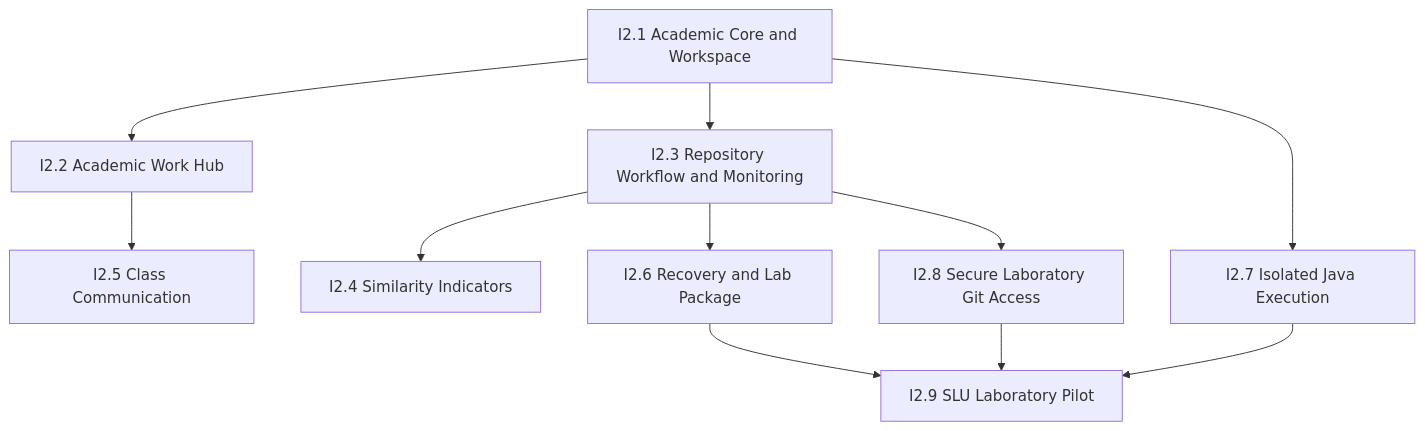
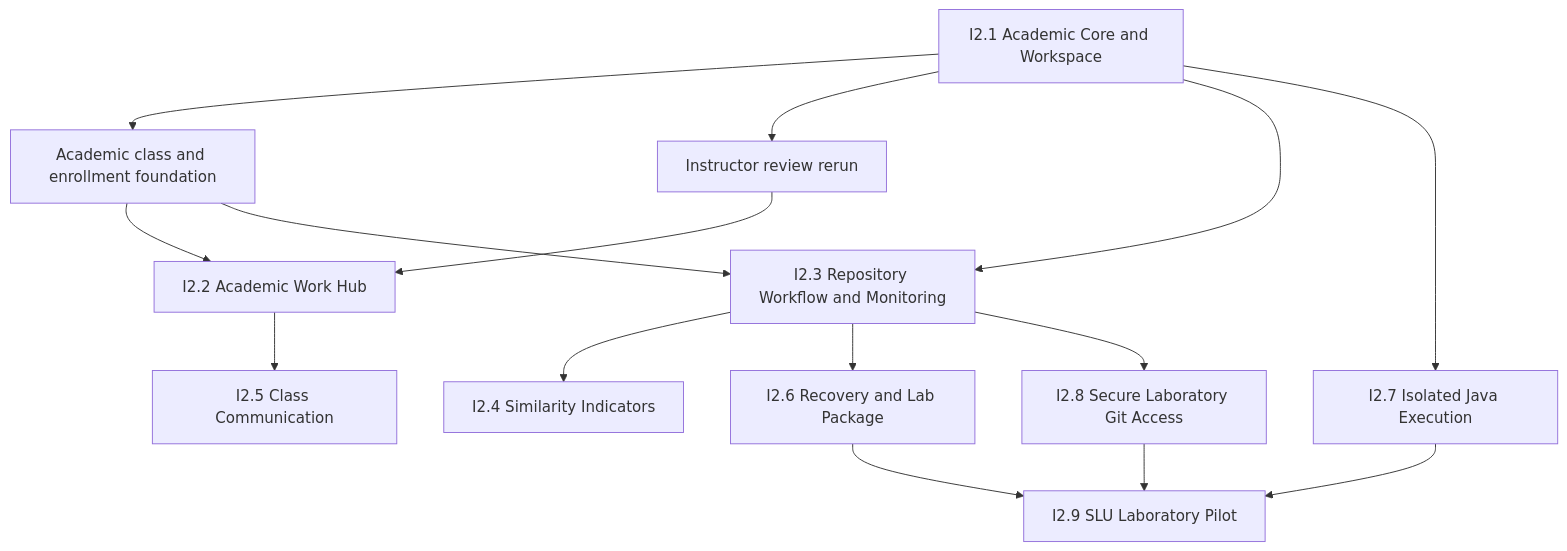
One commit to wefllagn/Projex changed the diagram in docs/team/ITERATION_2_ROADMAP.md. Above: the diagram before and after it, drawn with Mermaid. The commit also changed other lines of this file and 3 other files, not shown here.

````diff
--- a/docs/team/ITERATION_2_ROADMAP.md
+++ b/docs/team/ITERATION_2_ROADMAP.md
@@ -28,13 +67,17 @@
 ```mermaid
 flowchart TD
-    I21[I2.1 Academic Core and Workspace] --> I22[I2.2 Academic Work Hub]
-    I21 --> I23[I2.3 Repository Workflow and Monitoring]
+    I21[I2.1 Academic Core and Workspace] --> AF[Academic class and enrollment foundation]
+    I21 --> JR[Instructor review rerun]
+    AF --> I22[I2.2 Academic Work Hub]
+    AF --> I23[I2.3 Repository Workflow and Monitoring]
+    JR --> I22
+    I21 --> I23
     I22 --> I25[I2.5 Class Communication]
     I23 --> I24[I2.4 Similarity Indicators]
     I23 --> I26[I2.6 Recovery and Lab Package]
     I21 --> I27[I2.7 Isolated Java Execution]
     I23 --> I28[I2.8 Secure Laboratory Git Access]
     I26 --> I29[I2.9 SLU Laboratory Pilot]
     I27 --> I29
     I28 --> I29
 ```
````
